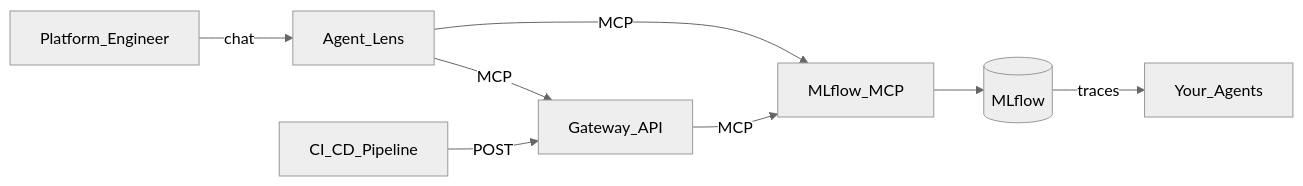
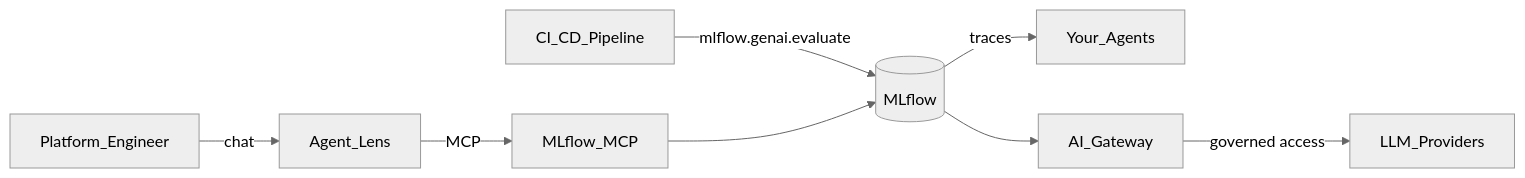
One commit to rrbanda/agent-lens changed the first of 2 diagrams in README.md. Above: the diagram before and after it, drawn with Mermaid. The commit also changed other lines of this file and 11 other files, not shown here.

First line of the commit message:
refactor: drop custom Gateway, leverage MLflow AI Gateway instead

````diff
--- a/README.md
+++ b/README.md
@@ -215,11 +218,11 @@
 ```mermaid
 %%{init: {'theme': 'neutral'}}%%
 graph LR
     User[Platform_Engineer] -->|chat| AL[Agent_Lens]
-    CICD[CI_CD_Pipeline] -->|POST| GW[Gateway_API]
+    CICD[CI_CD_Pipeline] -->|mlflow.genai.evaluate| MLflow
     AL -->|MCP| MCP[MLflow_MCP]
-    AL -->|MCP| GW
-    GW -->|MCP| MCP
     MCP --> MLflow[(MLflow)]
     MLflow -->|traces| Agents[Your_Agents]
+    MLflow --> GW[AI_Gateway]
+    GW -->|governed access| LLMs[LLM_Providers]
 ```
````
